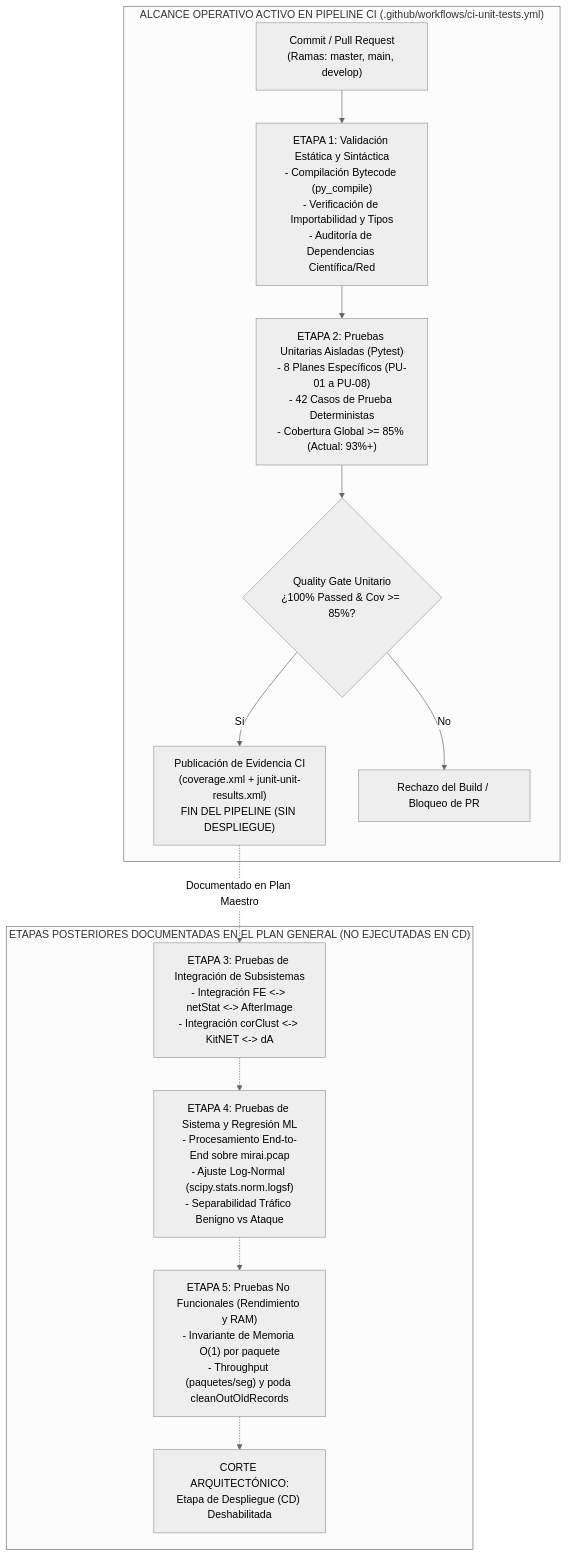
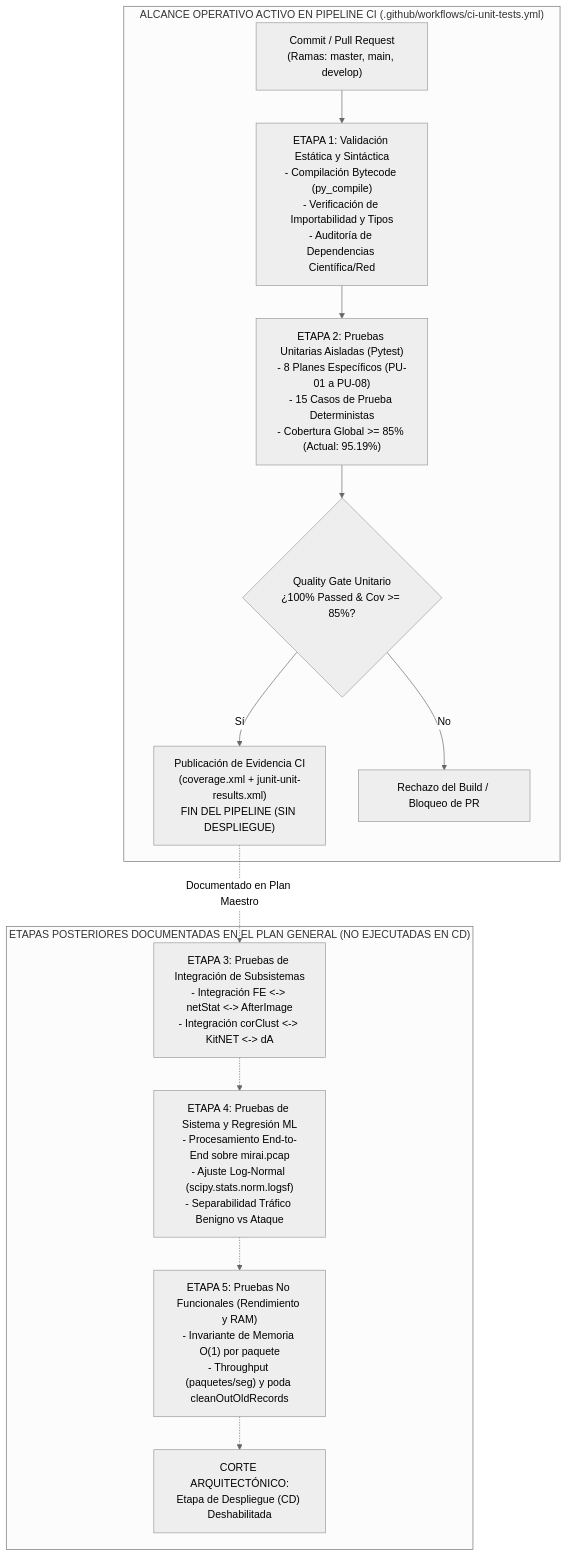
Before and after one commit to NativelogXD/repositorio-pipeline-kitsune: the diagram in docs/02_PLAN_GENERAL_PRUEBAS_Y_PIPELINE_CI.md, drawn with Mermaid (neutral theme). The commit also changed other lines of this file and 19 other files, not shown here.

Commit message:
test(docs): consolidar suite a 15 pruebas unitarias y documentar instalacion/ejecucion completa en README

````diff
--- a/docs/02_PLAN_GENERAL_PRUEBAS_Y_PIPELINE_CI.md
+++ b/docs/02_PLAN_GENERAL_PRUEBAS_Y_PIPELINE_CI.md
@@ -21,18 +21,18 @@
 ```mermaid
 flowchart TD
     subgraph ActiveCI["ALCANCE OPERATIVO ACTIVO EN PIPELINE CI (.github/workflows/ci-unit-tests.yml)"]
         S0["Commit / Pull Request\n(Ramas: master, main, develop)"] --> S1
         S1["ETAPA 1: Validación Estática y Sintáctica\n- Compilación Bytecode (py_compile)\n- Verificación de Importabilidad y Tipos\n- Auditoría de Dependencias Científica/Red"]
-        S1 --> S2["ETAPA 2: Pruebas Unitarias Aisladas (Pytest)\n- 8 Planes Específicos (PU-01 a PU-08)\n- 42 Casos de Prueba Deterministas\n- Cobertura Global >= 85% (Actual: 93%+)"]
+        S1 --> S2["ETAPA 2: Pruebas Unitarias Aisladas (Pytest)\n- 8 Planes Específicos (PU-01 a PU-08)\n- 15 Casos de Prueba Deterministas\n- Cobertura Global >= 85% (Actual: 95.19%)"]
         S2 --> GATE{"Quality Gate Unitario\n¿100% Passed & Cov >= 85%?"}
         GATE -->|"Sí"| ART["Publicación de Evidencia CI\n(coverage.xml + junit-unit-results.xml)\nFIN DEL PIPELINE (SIN DESPLIEGUE)"]
         GATE -->|"No"| FAIL["Rechazo del Build / Bloqueo de PR"]
     end
 
     subgraph DocStages["ETAPAS POSTERIORES DOCUMENTADAS EN EL PLAN GENERAL (NO EJECUTADAS EN CD)"]
         ART -.->|"Documentado en Plan Maestro"| S3["ETAPA 3: Pruebas de Integración de Subsistemas\n- Integración FE <-> netStat <-> AfterImage\n- Integración corClust <-> KitNET <-> dA"]
         S3 -.-> S4["ETAPA 4: Pruebas de Sistema y Regresión ML\n- Procesamiento End-to-End sobre mirai.pcap\n- Ajuste Log-Normal (scipy.stats.norm.logsf)\n- Separabilidad Tráfico Benigno vs Ataque"]
         S4 -.-> S5["ETAPA 5: Pruebas No Funcionales (Rendimiento y RAM)\n- Invariante de Memoria O(1) por paquete\n- Throughput (paquetes/seg) y poda cleanOutOldRecords"]
         S5 -.-> STOP["CORTE ARQUITECTÓNICO:\nEtapa de Despliegue (CD) Deshabilitada"]
     end
 ```
````
